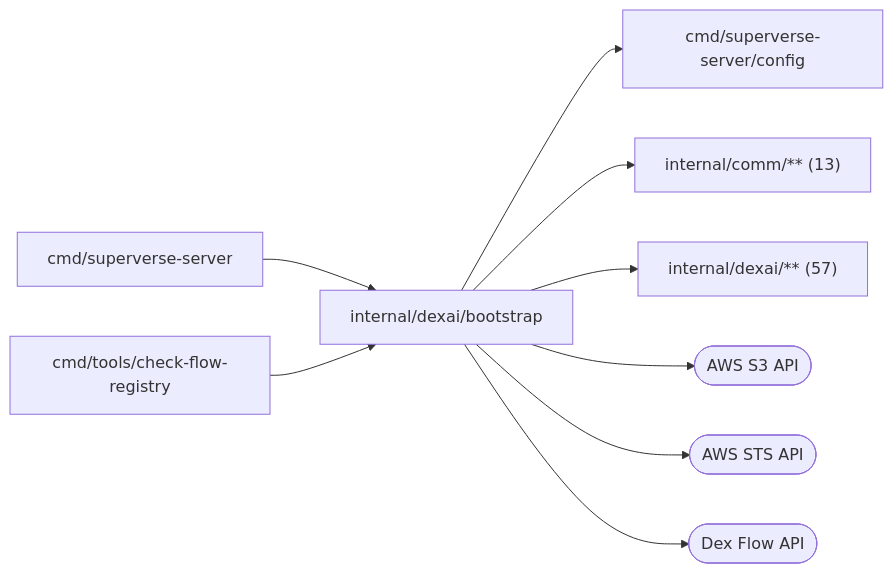
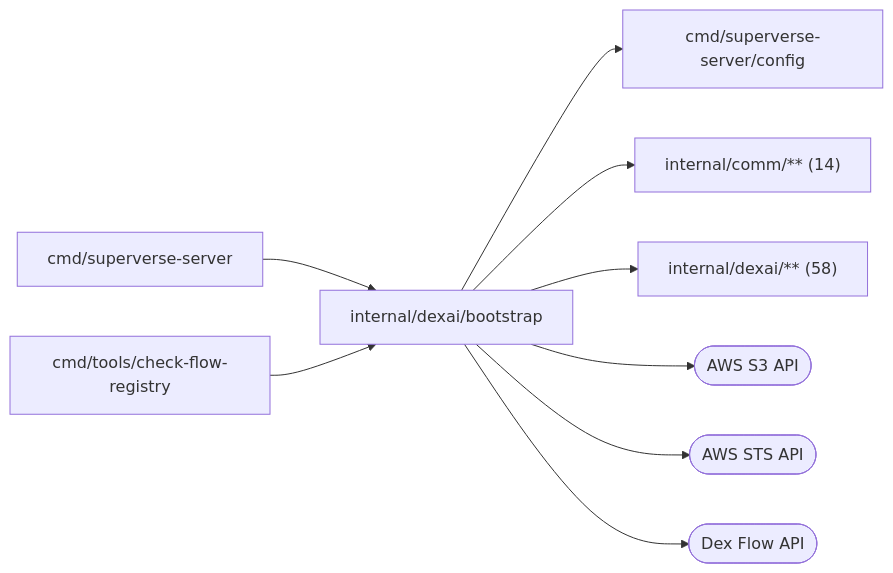
The diagram in internal/dexai/bootstrap/README.md (superdurable/superverse), drawn with Mermaid before and after one commit. The commit also changed other lines of this file and 259 other files, not shown here.

````diff
--- a/internal/dexai/bootstrap/README.md
+++ b/internal/dexai/bootstrap/README.md
@@ -10,12 +10,12 @@
 ```mermaid
 flowchart LR
   self["internal/dexai/bootstrap"]
   c0["cmd/superverse-server"] --> self
   c1["cmd/tools/check-flow-registry"] --> self
   self --> d0["cmd/superverse-server/config"]
-  self --> d1["internal/comm/** (13)"]
-  self --> d2["internal/dexai/** (57)"]
+  self --> d1["internal/comm/** (14)"]
+  self --> d2["internal/dexai/** (58)"]
   self --> e0(["AWS S3 API"])
   self --> e1(["AWS STS API"])
   self --> e2(["Dex Flow API"])
 ```
````
